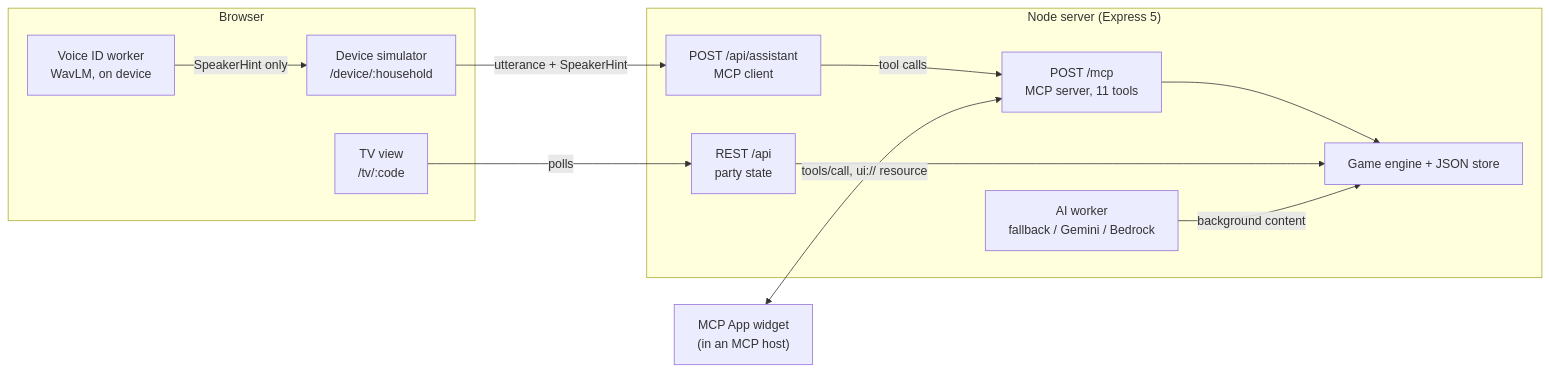
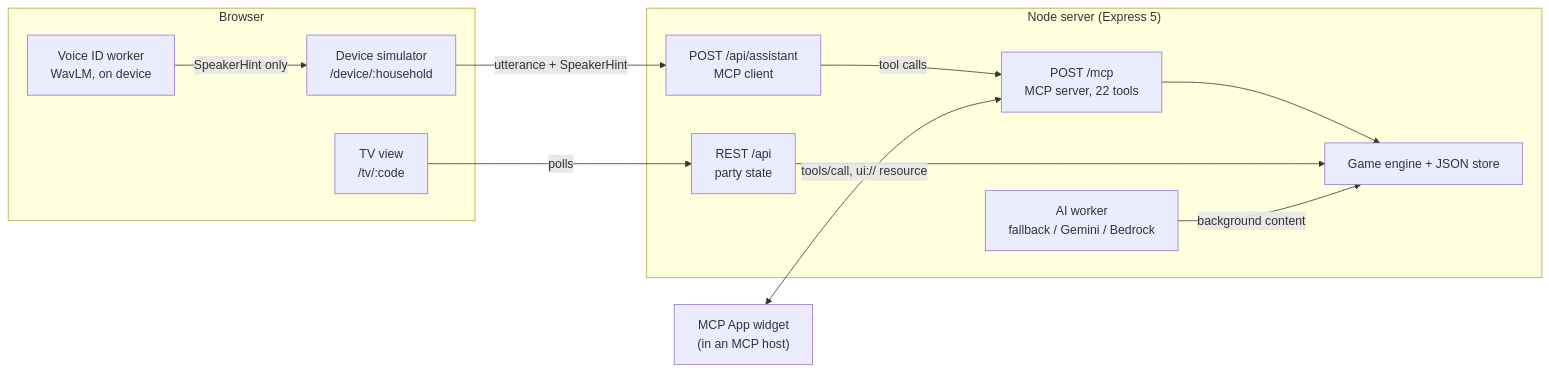
The diagram in README.md (Azrkiel/Benchwarmers), drawn with Mermaid before and after one commit. The commit also changed 2 other files, not shown here.

Commit message:
docs: tool count 22 (11 room tools), current test counts

````diff
--- a/README.md
+++ b/README.md
@@ -17,24 +17,24 @@
 ```mermaid
 flowchart LR
   subgraph Browser
     DEV["Device simulator<br/>/device/:household"]
     VID["Voice ID worker<br/>WavLM, on device"]
     TV["TV view<br/>/tv/:code"]
   end
   subgraph Server["Node server (Express 5)"]
     ASSIST["POST /api/assistant<br/>MCP client"]
-    MCP["POST /mcp<br/>MCP server, 11 tools"]
+    MCP["POST /mcp<br/>MCP server, 22 tools"]
     REST["REST /api<br/>party state"]
     ENGINE["Game engine + JSON store"]
     AI["AI worker<br/>fallback / Gemini / Bedrock"]
   end
   WIDGET["MCP App widget<br/>(in an MCP host)"]
   VID -- SpeakerHint only --> DEV
   DEV -- utterance + SpeakerHint --> ASSIST
   ASSIST -- tool calls --> MCP
   WIDGET <-- tools/call, ui:// resource --> MCP
   MCP --> ENGINE
   REST --> ENGINE
   TV -- polls --> REST
   AI -- background content --> ENGINE
 ```
````
